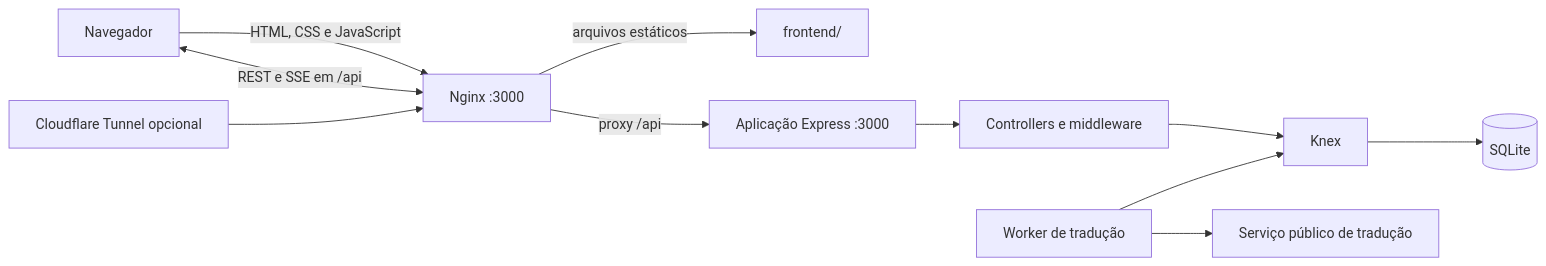
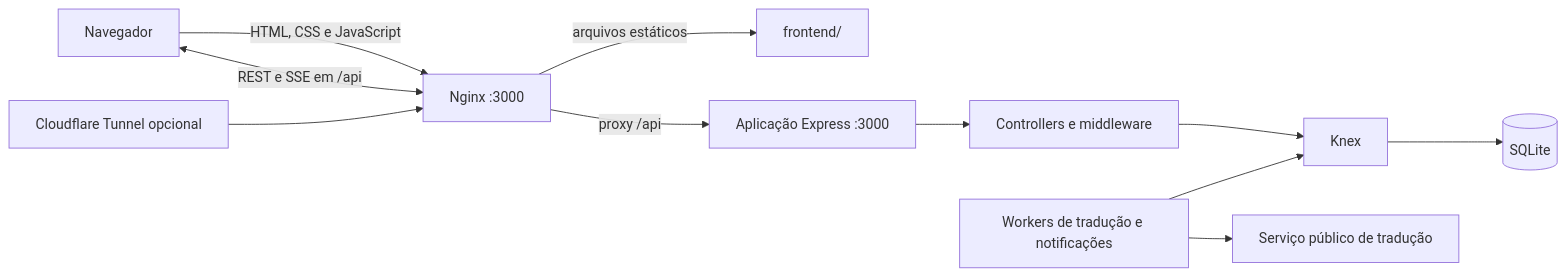
Before and after one commit to carlossuzin6111-code/sistema-tonho: the diagram in docs/ARCHITECTURE.md, drawn with Mermaid. The commit also changed other lines of this file and 20 other files, not shown here.

````diff
--- a/docs/ARCHITECTURE.md
+++ b/docs/ARCHITECTURE.md
@@ -9,13 +9,13 @@
 ```mermaid
 flowchart LR
     B[Navegador] -->|HTML, CSS e JavaScript| N[Nginx :3000]
     B <-->|REST e SSE em /api| N
     T[Cloudflare Tunnel opcional] --> N
     N -->|arquivos estáticos| F[frontend/]
     N -->|proxy /api| A[Aplicação Express :3000]
     A --> C[Controllers e middleware]
     C --> K[Knex]
     K --> S[(SQLite)]
-    W[Worker de tradução] --> K
+    W[Workers de tradução e notificações] --> K
     W --> G[Serviço público de tradução]
 ```
````
